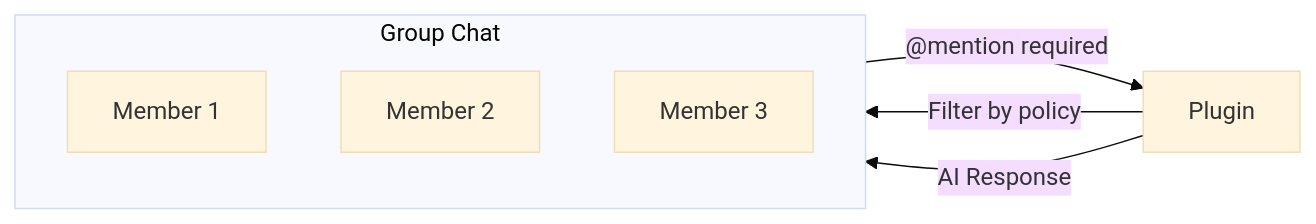
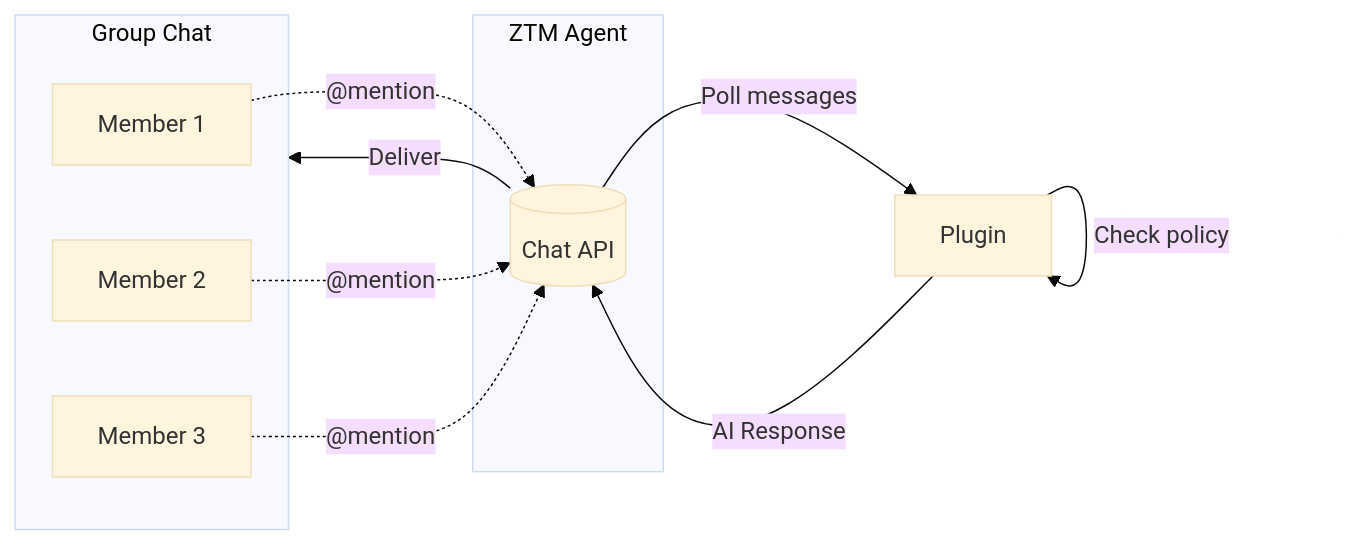
The second of 5 diagrams in README.md (clawparty-ai/openclaw-channel-plugin-ztm), drawn with Mermaid (base theme) before and after one commit. The commit also changed other lines of this file, not shown here.

````diff
--- a/README.md
+++ b/README.md
@@ -146,12 +146,21 @@
 ```mermaid
 flowchart LR
     subgraph Group["Group Chat"]
         User1["Member 1"]
         User2["Member 2"]
         User3["Member 3"]
     end
 
-    Plugin -->|"Filter by policy"| Group
-    Group -->|"@mention required"| Plugin
-    Plugin -->|"AI Response"| Group
+    subgraph ZTM["ZTM Agent"]
+        Agent[("Chat API")]
+    end
+
+    User1 -.->|"@mention"| Agent
+    User2 -.->|"@mention"| Agent
+    User3 -.->|"@mention"| Agent
+
+    Agent -->|"Poll messages"| Plugin
+    Plugin -->|"Check policy"| Plugin
+    Plugin -->|"AI Response"| Agent
+    Agent -->|"Deliver"| Group
 ```
````
